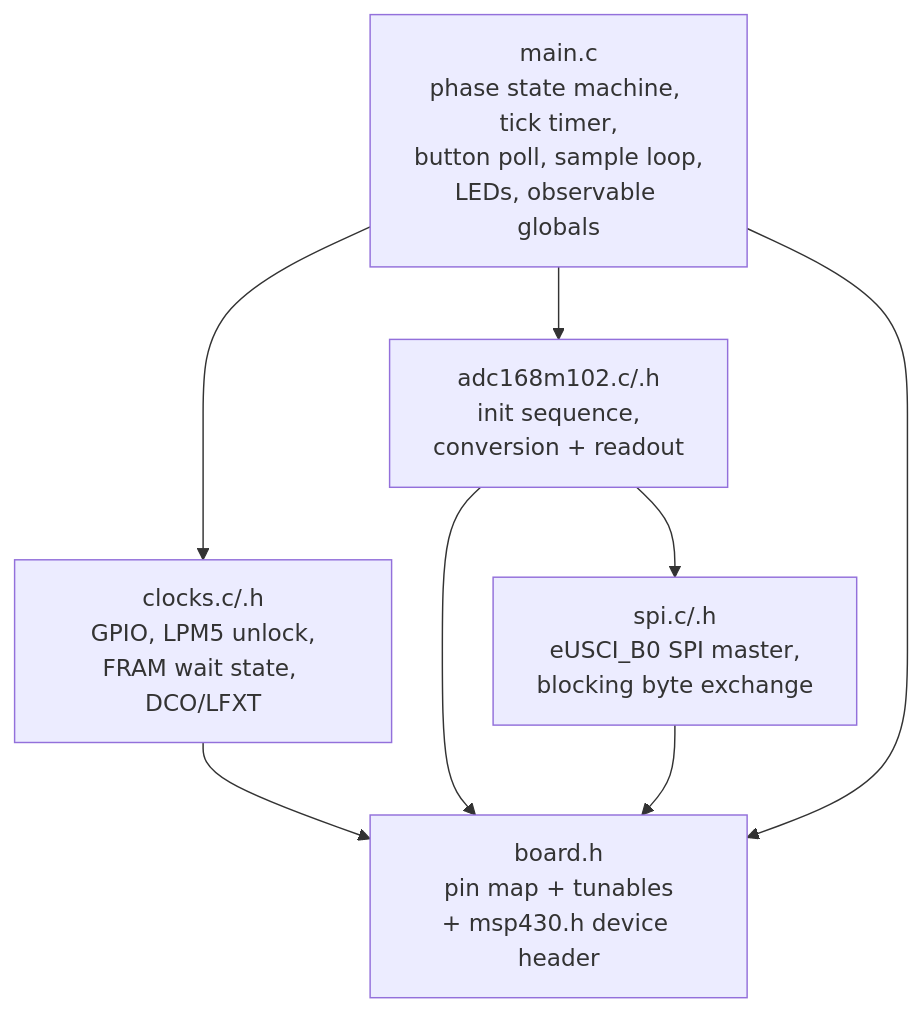
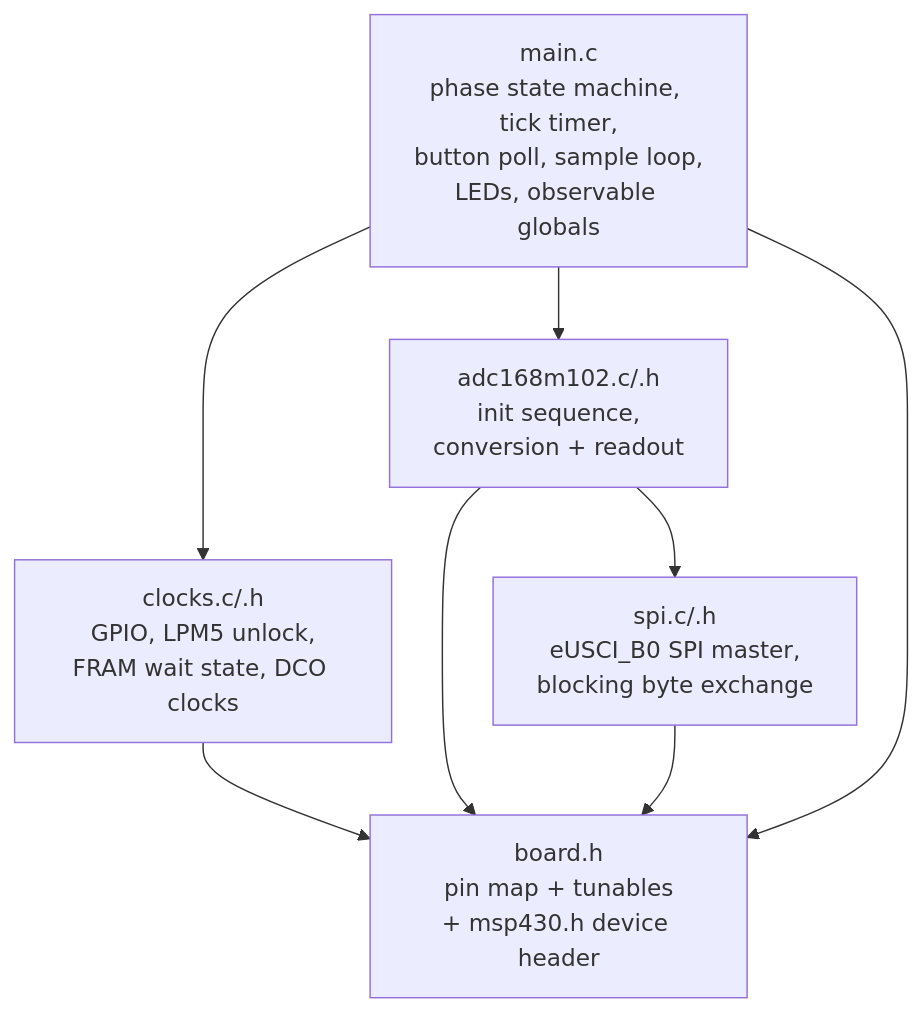
Before and after one commit to S-OConnor/MSP430_TestRepo: the second of 13 diagrams in docs/DESIGN.md, drawn with Mermaid. The commit also changed other lines of this file and 13 other files, not shown here.

````diff
--- a/docs/DESIGN.md
+++ b/docs/DESIGN.md
@@ -174,16 +173,16 @@
 ```mermaid
 flowchart TD
     main["main.c<br/>phase state machine, tick timer,<br/>button poll, sample loop,<br/>LEDs, observable globals"]
-    clocks["clocks.c/.h<br/>GPIO, LPM5 unlock,<br/>FRAM wait state, DCO/LFXT"]
+    clocks["clocks.c/.h<br/>GPIO, LPM5 unlock,<br/>FRAM wait state, DCO clocks"]
     adc["adc168m102.c/.h<br/>init sequence,<br/>conversion + readout"]
     spi["spi.c/.h<br/>eUSCI_B0 SPI master,<br/>blocking byte exchange"]
     board["board.h<br/>pin map + tunables<br/>+ msp430.h device header"]
 
     main --> clocks
     main --> adc
     adc --> spi
     clocks --> board
     adc --> board
     spi --> board
     main --> board
 ```
````
